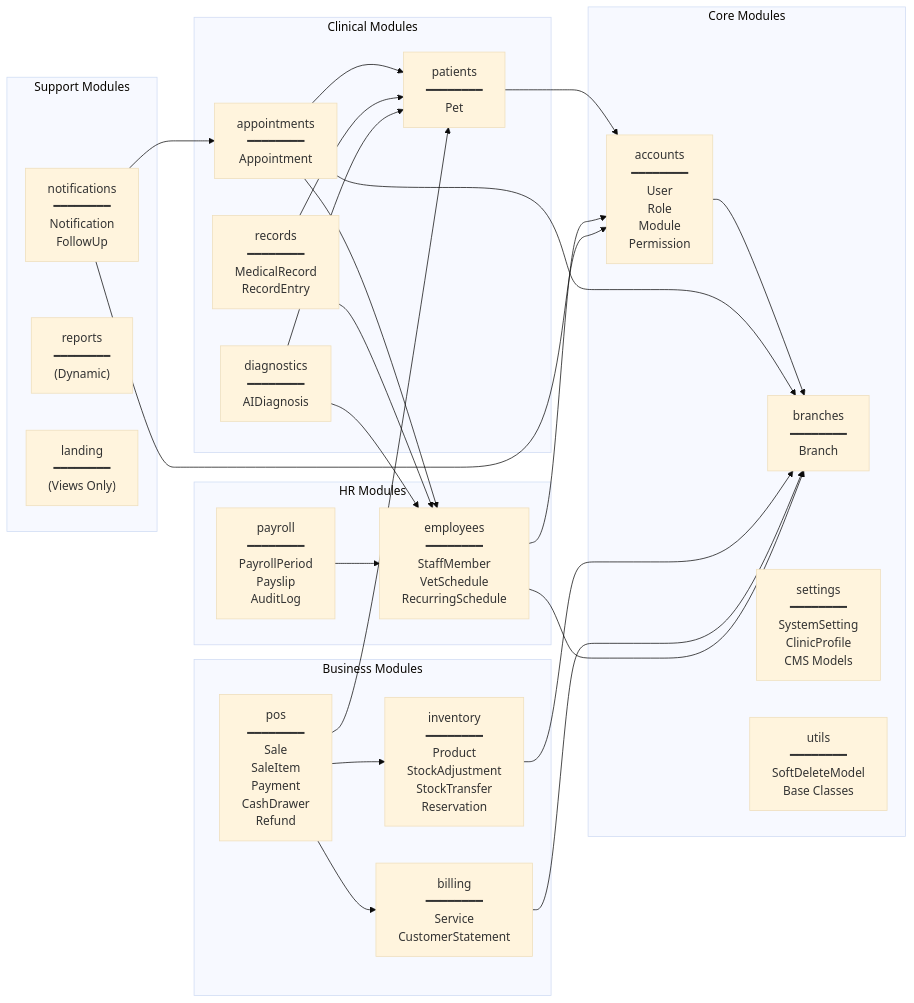
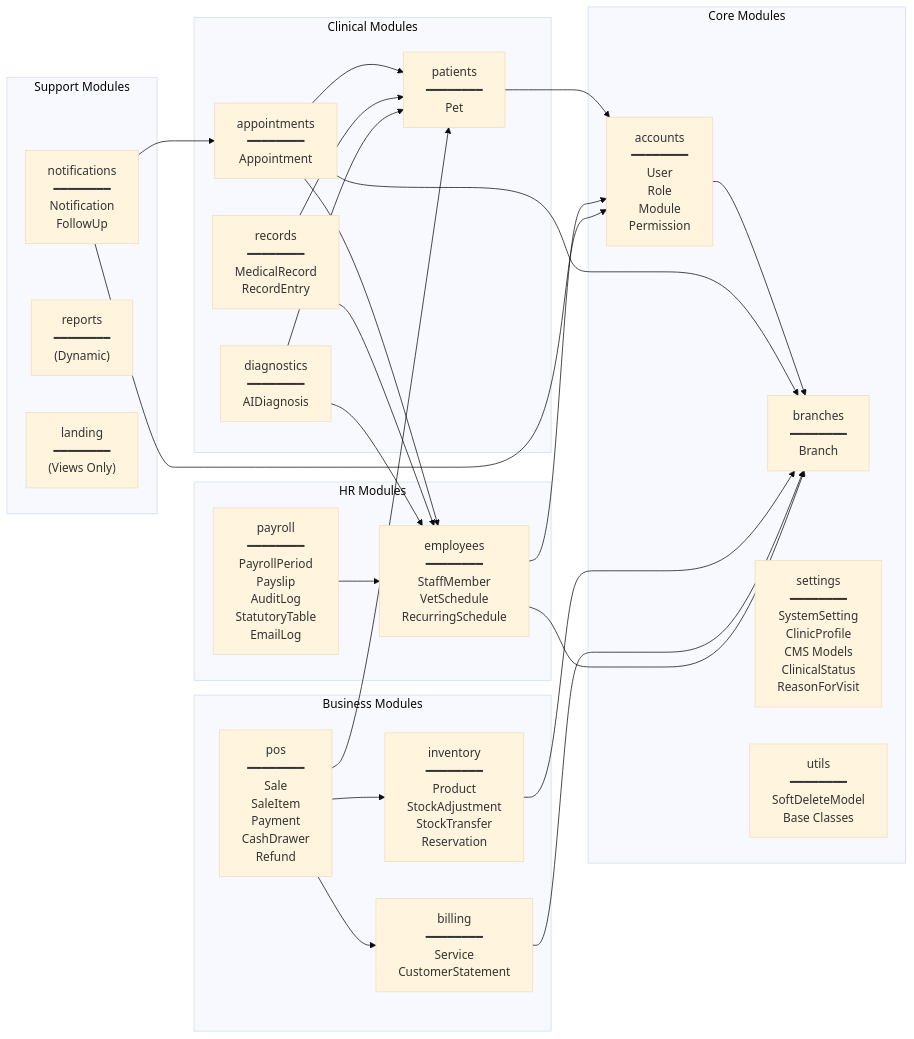
One commit to Hikarudesu/FMH-CLINIC changed the third of 7 diagrams in 5_System_Architecture.md. Above: the diagram before and after it, drawn with Mermaid (base theme). The commit also changed other lines of this file and 9 other files, not shown here.

Commit message:
Enhance ERD and DFD with ClinicalStatus and ReasonForVisit entities; update context and use case diagrams for improved clarity; add new flows for statement of account and cash drawer management; implement migrations for database schema changes.

````diff
--- a/5_System_Architecture.md
+++ b/5_System_Architecture.md
@@ -200,54 +200,54 @@
 ```mermaid
 flowchart LR
     subgraph Core["Core Modules"]
         ACC["accounts<br/>━━━━━━━━<br/>User<br/>Role<br/>Module<br/>Permission"]
         BRA["branches<br/>━━━━━━━━<br/>Branch"]
-        SET["settings<br/>━━━━━━━━<br/>SystemSetting<br/>ClinicProfile<br/>CMS Models"]
+        SET["settings<br/>━━━━━━━━<br/>SystemSetting<br/>ClinicProfile<br/>CMS Models<br/>ClinicalStatus<br/>ReasonForVisit"]
         UTIL["utils<br/>━━━━━━━━<br/>SoftDeleteModel<br/>Base Classes"]
     end
     
     subgraph Clinical["Clinical Modules"]
         PAT["patients<br/>━━━━━━━━<br/>Pet"]
         APT["appointments<br/>━━━━━━━━<br/>Appointment"]
         REC["records<br/>━━━━━━━━<br/>MedicalRecord<br/>RecordEntry"]
         DIA["diagnostics<br/>━━━━━━━━<br/>AIDiagnosis"]
     end
     
     subgraph Business["Business Modules"]
         INV["inventory<br/>━━━━━━━━<br/>Product<br/>StockAdjustment<br/>StockTransfer<br/>Reservation"]
         BIL["billing<br/>━━━━━━━━<br/>Service<br/>CustomerStatement"]
         POS["pos<br/>━━━━━━━━<br/>Sale<br/>SaleItem<br/>Payment<br/>CashDrawer<br/>Refund"]
     end
     
     subgraph HR["HR Modules"]
         EMP["employees<br/>━━━━━━━━<br/>StaffMember<br/>VetSchedule<br/>RecurringSchedule"]
-        PAY["payroll<br/>━━━━━━━━<br/>PayrollPeriod<br/>Payslip<br/>AuditLog"]
+        PAY["payroll<br/>━━━━━━━━<br/>PayrollPeriod<br/>Payslip<br/>AuditLog<br/>StatutoryTable<br/>EmailLog"]
     end
     
     subgraph Support["Support Modules"]
         NOT["notifications<br/>━━━━━━━━<br/>Notification<br/>FollowUp"]
         REP["reports<br/>━━━━━━━━<br/>(Dynamic)"]
         LAND["landing<br/>━━━━━━━━<br/>(Views Only)"]
     end
     
     %% Dependencies
     ACC --> BRA
     PAT --> ACC
     APT --> PAT
     APT --> EMP
     APT --> BRA
     REC --> PAT
     REC --> EMP
     DIA --> PAT
     DIA --> EMP
     INV --> BRA
     BIL --> BRA
     POS --> INV
     POS --> BIL
     POS --> PAT
     EMP --> BRA
     EMP --> ACC
     PAY --> EMP
     NOT --> ACC
     NOT --> APT
 ```
````
